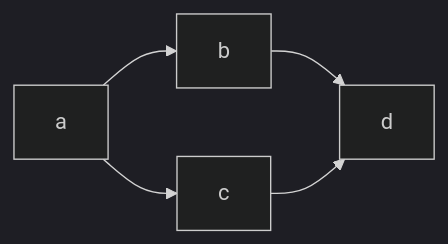
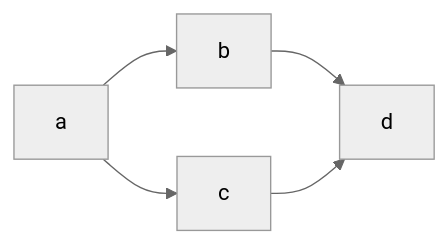
Before and after one commit to prskr/goveal: the diagram in examples/slides.md, drawn with Mermaid. The commit also changed other lines of this file and 3 other files, not shown here.

````diff
--- a/examples/slides.md
+++ b/examples/slides.md
@@ -93,5 +93,5 @@
 ```mermaid
-%%{init: {'theme': 'dark'}}%%
+%%{init: {'theme': 'neutral'}}%%
 flowchart LR
    a --> b & c--> d
 ```
````
